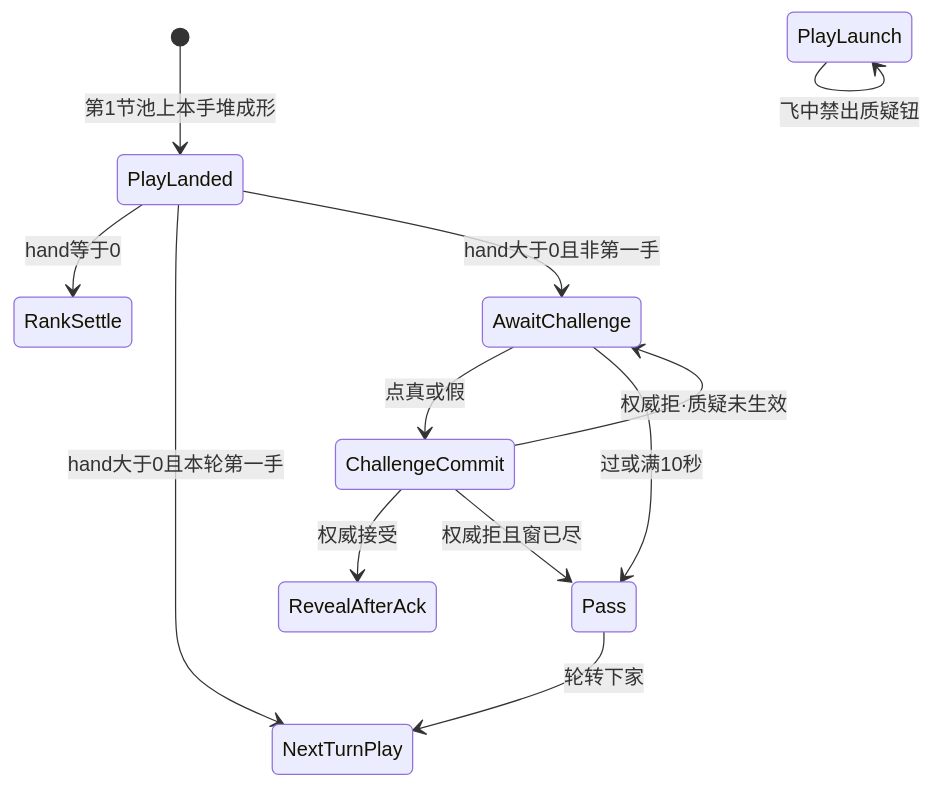
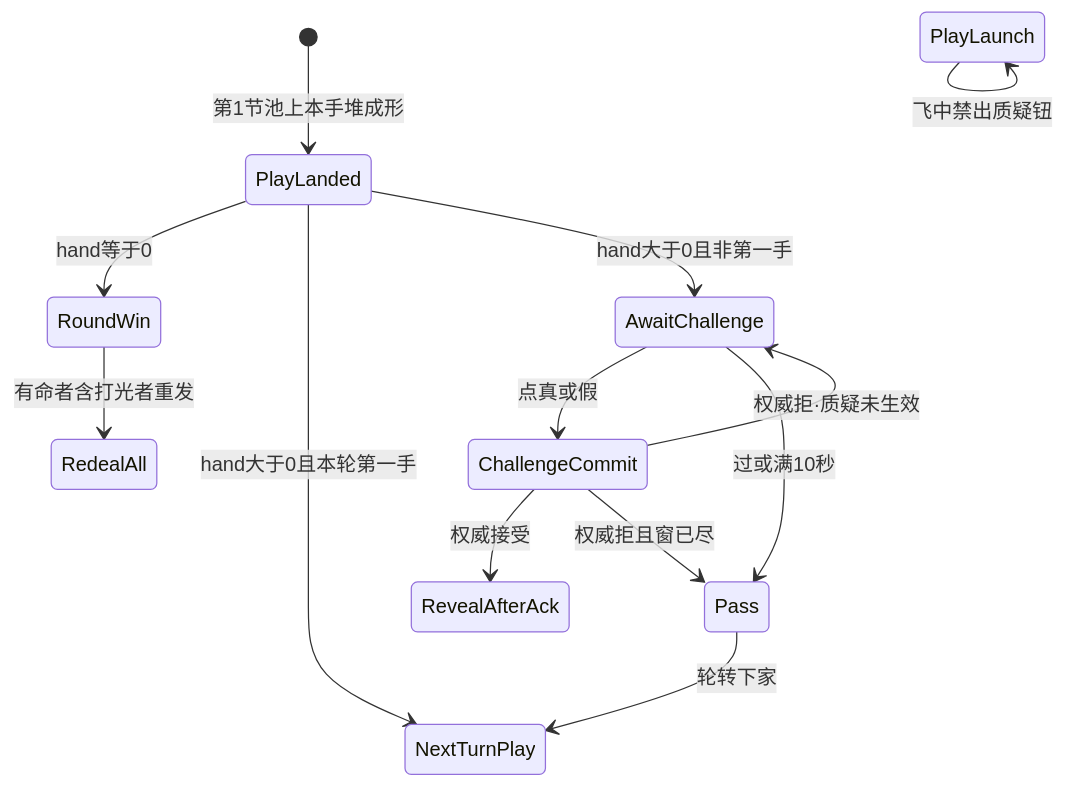
One commit to xubin0903/LiarBar changed the diagram in docs/02-游戏设计/质疑入口-状态机.md. Above: the diagram before and after it, drawn with Mermaid. The commit also changed other lines of this file and 3 other files, not shown here.

````diff
--- a/docs/02-游戏设计/质疑入口-状态机.md
+++ b/docs/02-游戏设计/质疑入口-状态机.md
@@ -97,14 +98,15 @@
 ```mermaid
 stateDiagram-v2
   [*] --> PlayLanded: 第1节池上本手堆成形
-  PlayLanded --> RankSettle: hand等于0
+  PlayLanded --> RoundWin: hand等于0
+  RoundWin --> RedealAll: 有命者含打光者重发
   PlayLanded --> NextTurnPlay: hand大于0且本轮第一手
   PlayLanded --> AwaitChallenge: hand大于0且非第一手
   AwaitChallenge --> ChallengeCommit: 点真或假
   AwaitChallenge --> Pass: 过或满10秒
   ChallengeCommit --> RevealAfterAck: 权威接受
   ChallengeCommit --> AwaitChallenge: 权威拒·质疑未生效
   ChallengeCommit --> Pass: 权威拒且窗已尽
   Pass --> NextTurnPlay: 轮转下家
   PlayLaunch --> PlayLaunch: 飞中禁出质疑钮
 ```
````
